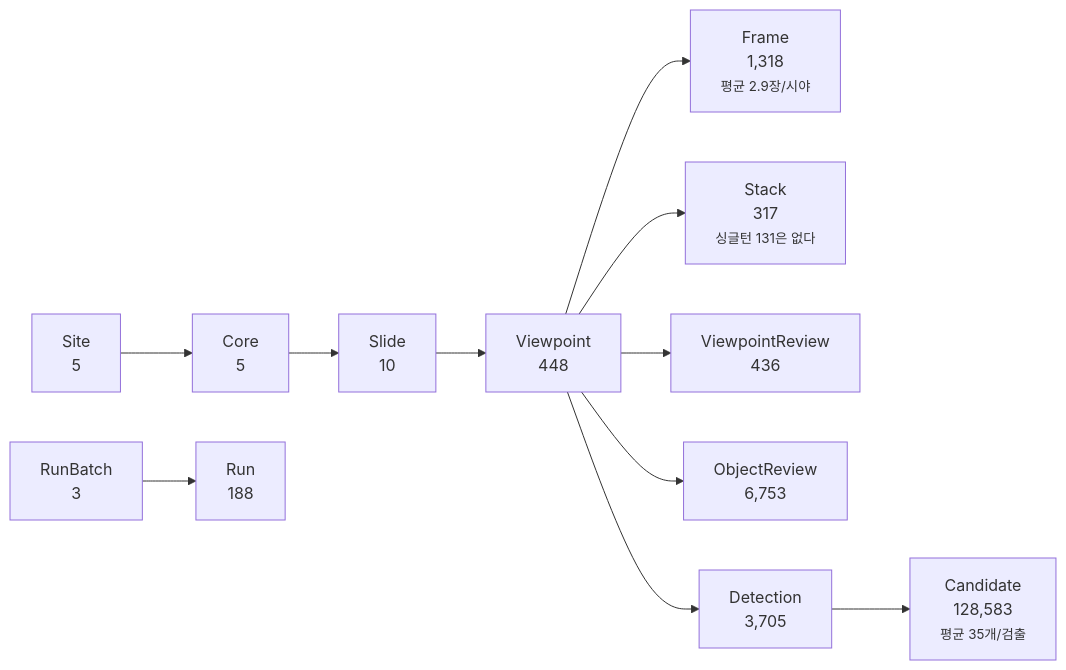
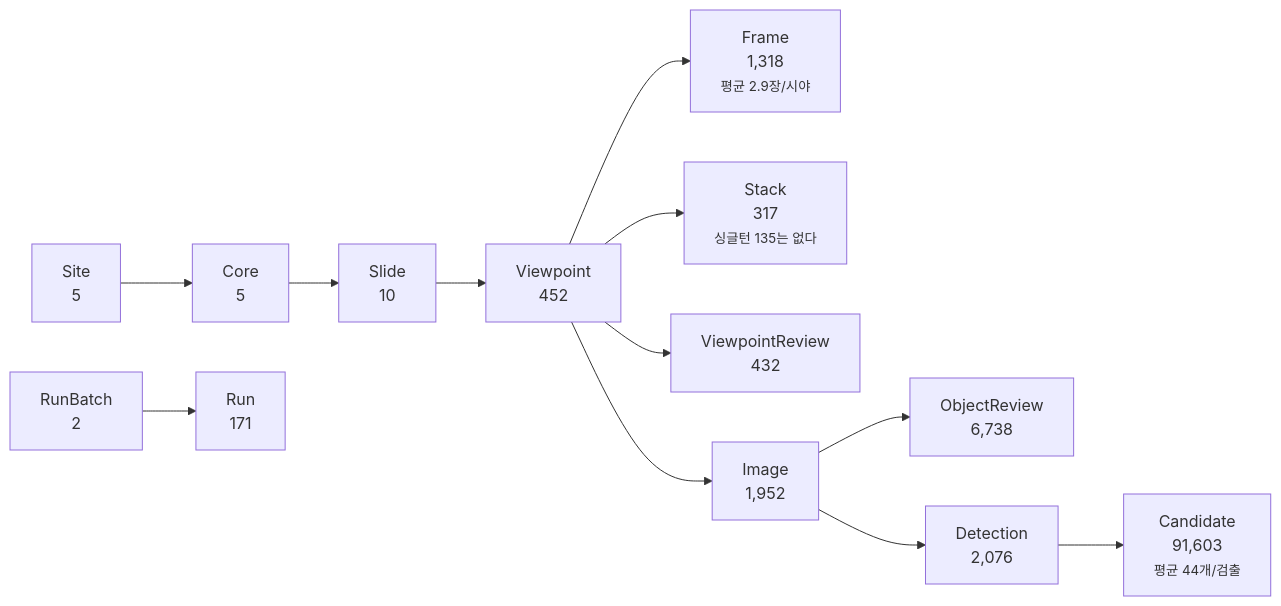
Before and after one commit to jikhanjung/DiaRUGA: the fifth of 5 diagrams in docs/20260804_db-erd-poster.md, drawn with Mermaid. The commit also changed other lines of this file and 23 other files, not shown here.

````diff
--- a/docs/20260804_db-erd-poster.md
+++ b/docs/20260804_db-erd-poster.md
@@ -128,10 +136,11 @@
 ```mermaid
 flowchart LR
-    S["Site<br/>5"] --> C["Core<br/>5"] --> SL["Slide<br/>10"] --> VP["Viewpoint<br/>448"]
+    S["Site<br/>5"] --> C["Core<br/>5"] --> SL["Slide<br/>10"] --> VP["Viewpoint<br/>452"]
     VP --> F["Frame<br/>1,318<br/><small>평균 2.9장/시야</small>"]
-    VP --> ST["Stack<br/>317<br/><small>싱글턴 131은 없다</small>"]
-    VP --> VR["ViewpointReview<br/>436"]
-    VP --> OR["ObjectReview<br/>6,753"]
-    VP --> D["Detection<br/>3,705"] --> CA["Candidate<br/>128,583<br/><small>평균 35개/검출</small>"]
-    RB["RunBatch<br/>3"] --> R["Run<br/>188"]
+    VP --> ST["Stack<br/>317<br/><small>싱글턴 135는 없다</small>"]
+    VP --> VR["ViewpointReview<br/>432"]
+    VP --> IM["Image<br/>1,952"]
+    IM --> OR["ObjectReview<br/>6,738"]
+    IM --> D["Detection<br/>2,076"] --> CA["Candidate<br/>91,603<br/><small>평균 44개/검출</small>"]
+    RB["RunBatch<br/>2"] --> R["Run<br/>171"]
 ```
````
